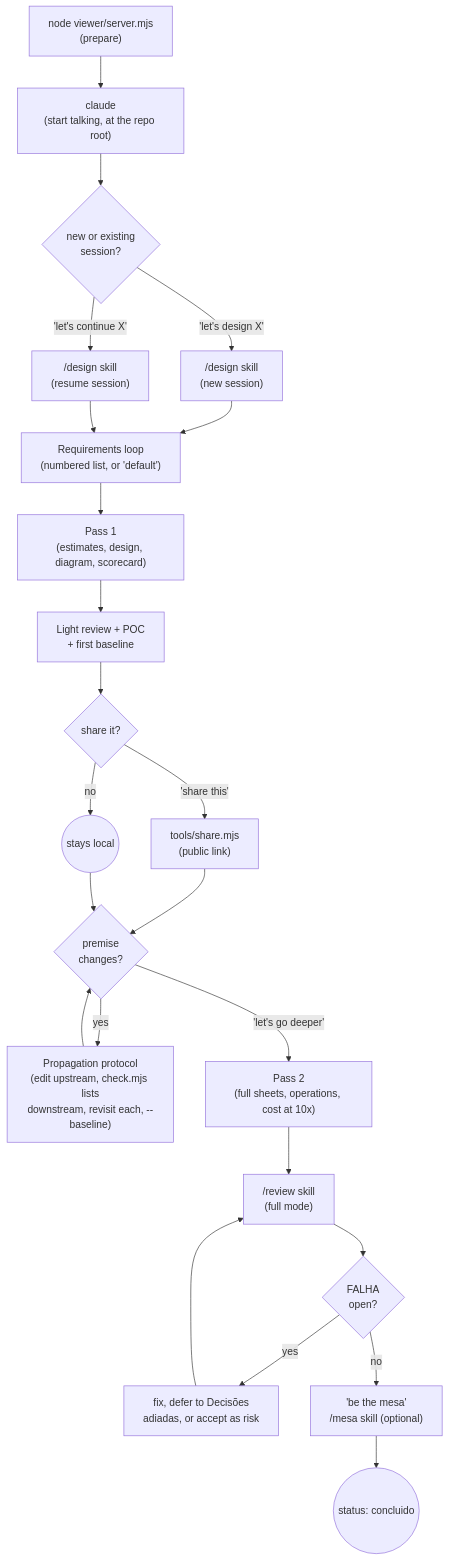
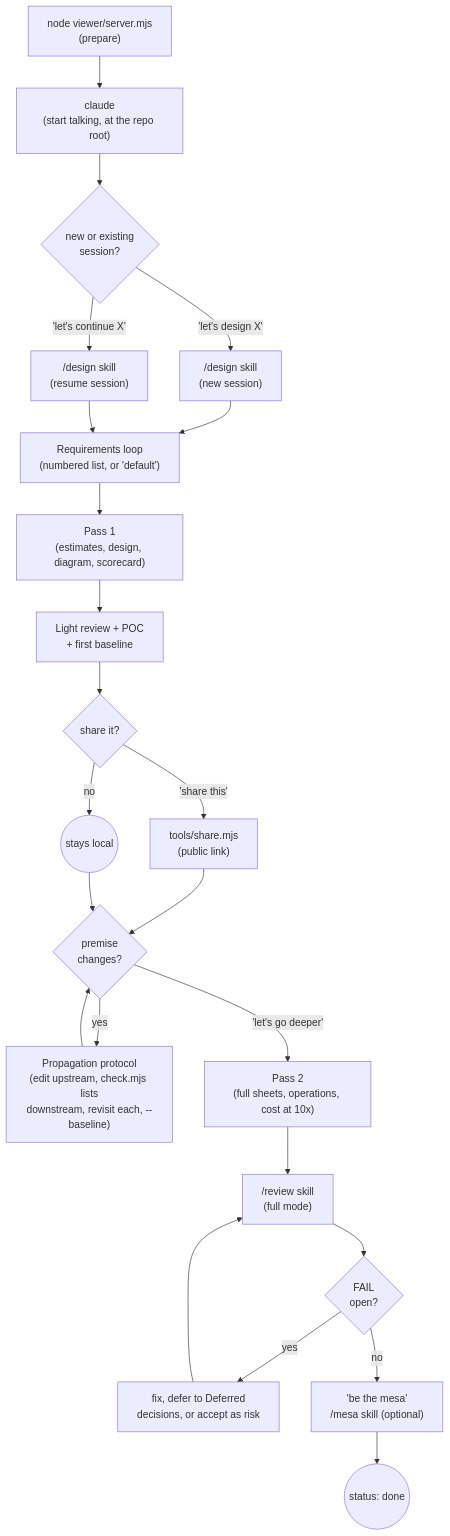
Before and after one commit to jonatasrenan/system-design-studio: the diagram in WORKFLOW.md, drawn with Mermaid. The commit also changed other lines of this file and 12 other files, not shown here.

````diff
--- a/WORKFLOW.md
+++ b/WORKFLOW.md
@@ -7,25 +7,25 @@
 ```mermaid
 flowchart TD
   A["node viewer/server.mjs<br/>(prepare)"] --> B["claude<br/>(start talking, at the repo root)"]
   B --> C{"new or existing<br/>session?"}
   C -->|"'let's design X'"| D["/design skill<br/>(new session)"]
   C -->|"'let's continue X'"| E["/design skill<br/>(resume session)"]
   D --> F["Requirements loop<br/>(numbered list, or 'default')"]
   F --> G["Pass 1<br/>(estimates, design, diagram, scorecard)"]
   G --> H["Light review + POC<br/>+ first baseline"]
   H --> I{"share it?"}
   I -->|"'share this'"| J["tools/share.mjs<br/>(public link)"]
   I -->|no| K(("stays local"))
   J --> L
   K --> L{"premise<br/>changes?"}
   L -->|yes| M["Propagation protocol<br/>(edit upstream, check.mjs lists<br/>downstream, revisit each, --baseline)"]
   M --> L
   L -->|"'let's go deeper'"| N["Pass 2<br/>(full sheets, operations, cost at 10x)"]
   N --> O["/review skill<br/>(full mode)"]
-  O --> P{"FALHA<br/>open?"}
-  P -->|yes| Q["fix, defer to Decisões<br/>adiadas, or accept as risk"]
+  O --> P{"FAIL<br/>open?"}
+  P -->|yes| Q["fix, defer to Deferred<br/>decisions, or accept as risk"]
   Q --> O
   P -->|no| R["'be the mesa'<br/>/mesa skill (optional)"]
-  R --> S(("status: concluido"))
+  R --> S(("status: done"))
   E --> F
 ```
````
